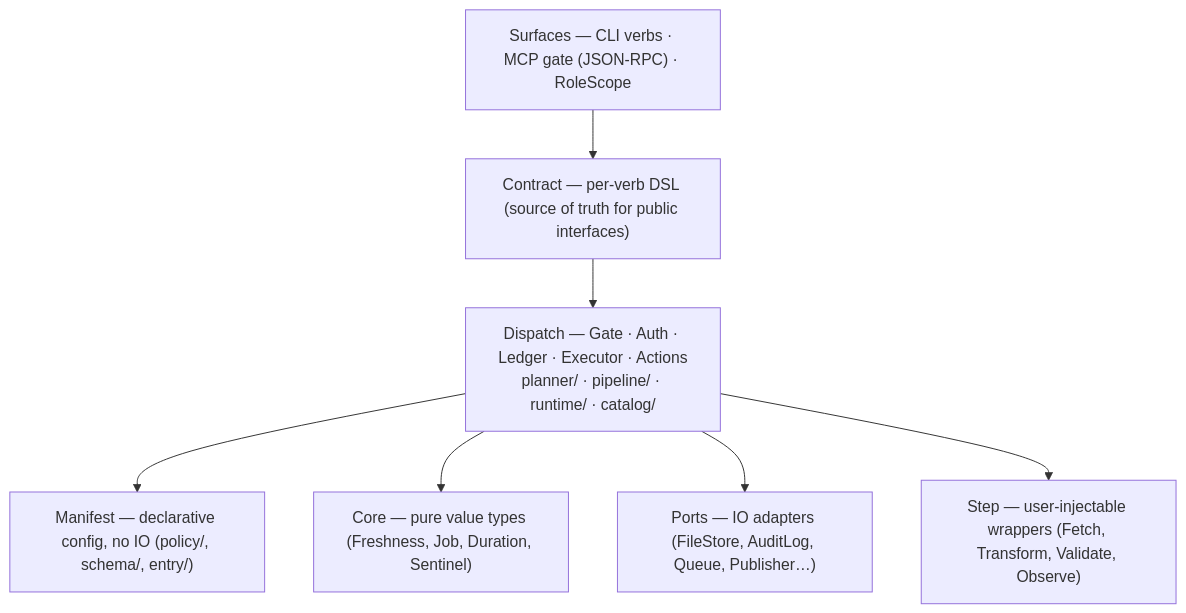
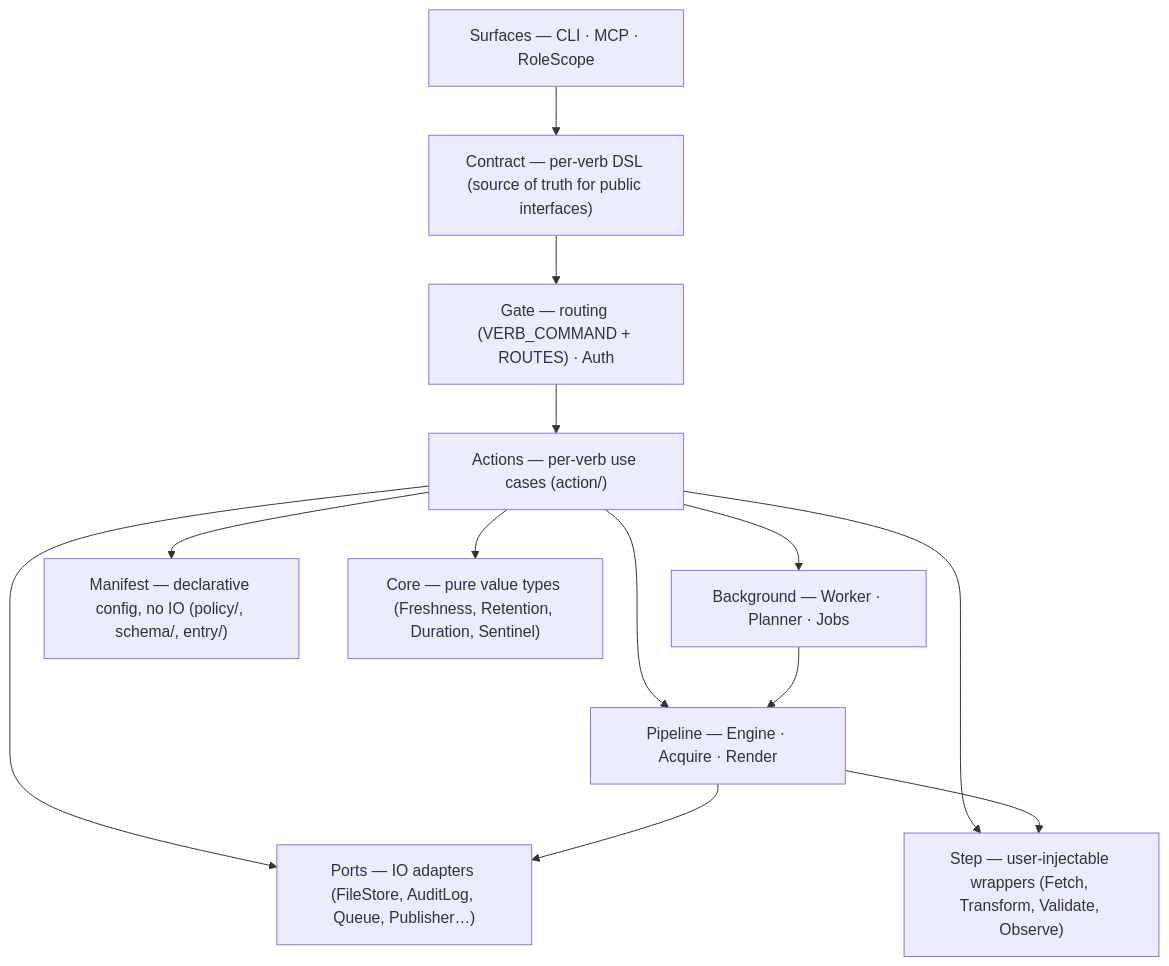
One commit to patrick204nqh/textus changed the diagram in docs/architecture/README.md. Above: the diagram before and after it, drawn with Mermaid. The commit also changed other lines of this file and 32 other files, not shown here.

````diff
--- a/docs/architecture/README.md
+++ b/docs/architecture/README.md
@@ -6,16 +6,25 @@
 ```mermaid
 flowchart TD
-    surfaces["Surfaces — CLI verbs · MCP gate (JSON-RPC) · RoleScope"]
+    surfaces["Surfaces — CLI · MCP · RoleScope"]
     contract["Contract — per-verb DSL (source of truth for public interfaces)"]
-    dispatch["Dispatch — Gate · Auth · Ledger · Executor · Actions<br/>planner/ · pipeline/ · runtime/ · catalog/"]
+    gate["Gate — routing (VERB_COMMAND + ROUTES) · Auth"]
+    action["Actions — per-verb use cases (action/)"]
+    background["Background — Worker · Planner · Jobs"]
+    pipeline["Pipeline — Engine · Acquire · Render"]
     manifest["Manifest — declarative config, no IO (policy/, schema/, entry/)"]
-    core["Core — pure value types (Freshness, Job, Duration, Sentinel)"]
+    core["Core — pure value types (Freshness, Retention, Duration, Sentinel)"]
     ports["Ports — IO adapters (FileStore, AuditLog, Queue, Publisher…)"]
     step["Step — user-injectable wrappers (Fetch, Transform, Validate, Observe)"]
     surfaces --> contract
-    contract --> dispatch
-    dispatch --> manifest
-    dispatch --> core
-    dispatch --> ports
-    dispatch --> step
+    contract --> gate
+    gate --> action
+    action --> background
+    action --> pipeline
+    background --> pipeline
+    action --> manifest
+    action --> core
+    action --> ports
+    action --> step
+    pipeline --> ports
+    pipeline --> step
 ```
````
